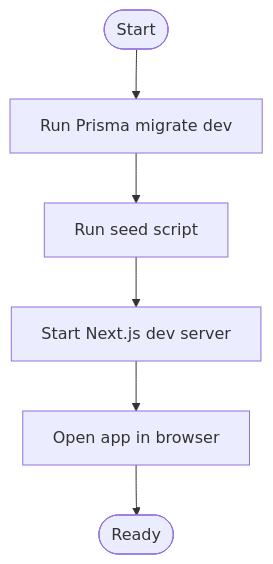
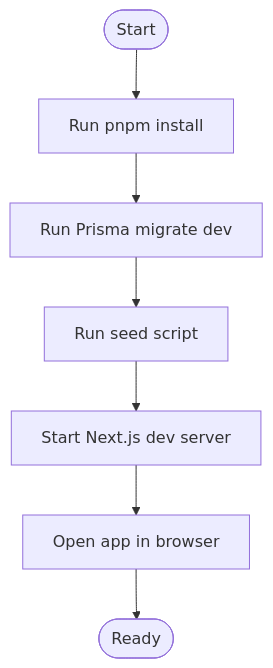
Before and after one commit to jrj444/git-daily: the third of 6 diagrams in .qoder/repowiki/en/content/Getting Started.md, drawn with Mermaid. The commit also changed other lines of this file and 8 other files, not shown here.

````diff
--- a/.qoder/repowiki/en/content/Getting Started.md
+++ b/.qoder/repowiki/en/content/Getting Started.md
@@ -230,8 +246,9 @@
 ```mermaid
 flowchart TD
-Start(["Start"]) --> Migrate["Run Prisma migrate dev"]
+Start(["Start"]) --> Install["Run pnpm install"]
+Install --> Migrate["Run Prisma migrate dev"]
 Migrate --> Seed["Run seed script"]
 Seed --> Dev["Start Next.js dev server"]
 Dev --> Verify["Open app in browser"]
 Verify --> End(["Ready"])
 ```
````
